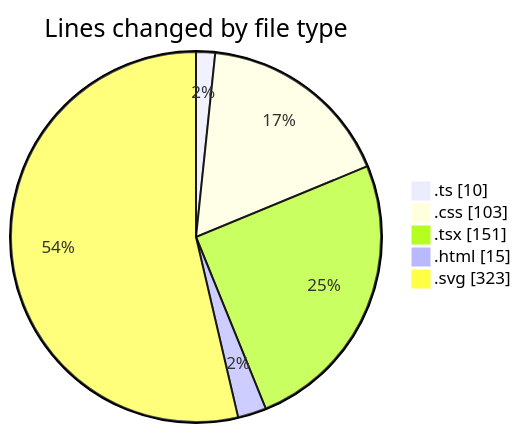
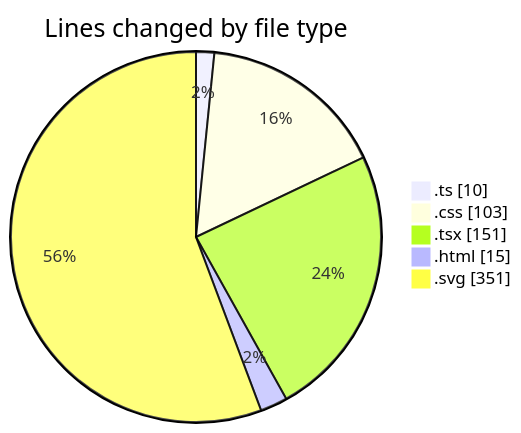
The first of 2 diagrams in 2025-07-31/tw-server/README.md (EIIisD/code-tracking), drawn with Mermaid before and after one commit. The commit also changed other lines of this file and 1 other file, not shown here.

````diff
--- a/2025-07-31/tw-server/README.md
+++ b/2025-07-31/tw-server/README.md
@@ -26,9 +27,9 @@
 ```mermaid
 pie showData
 title Lines changed by file type
 ".ts" : 10
 ".css" : 103
 ".tsx" : 151
 ".html" : 15
-".svg" : 323
+".svg" : 351
 ```
````
